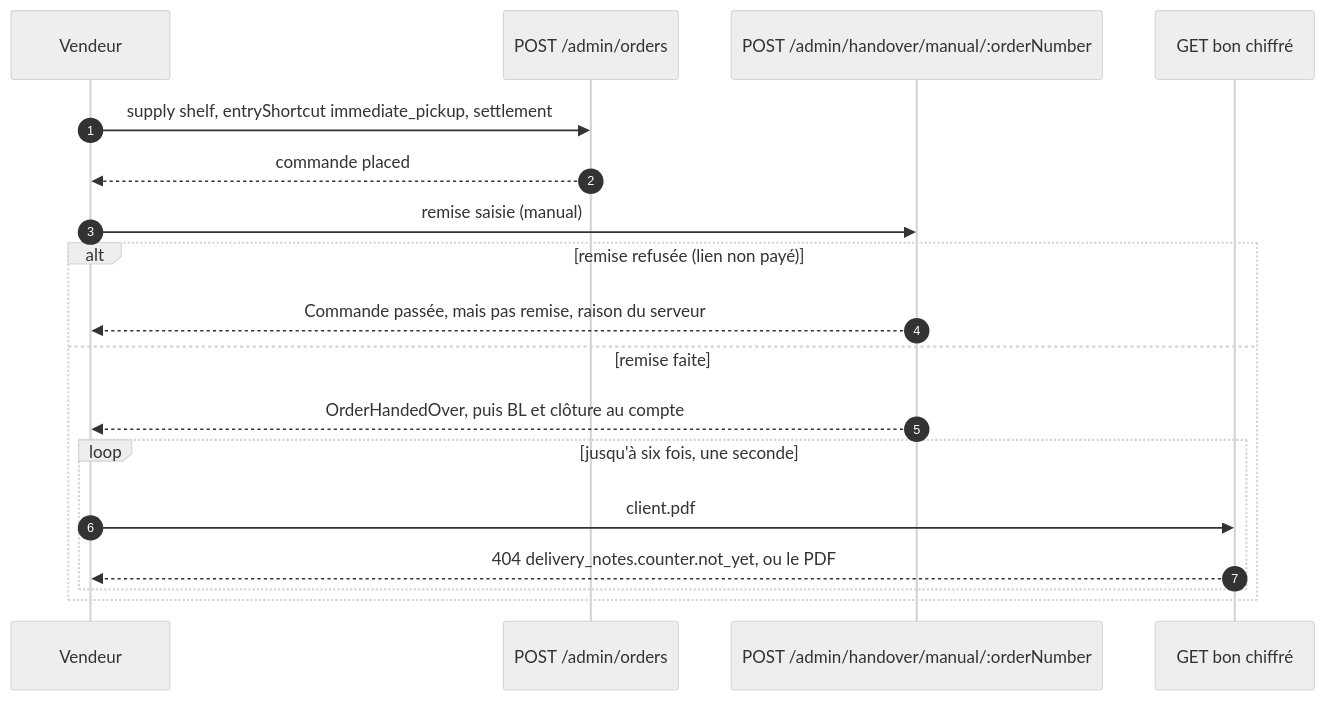
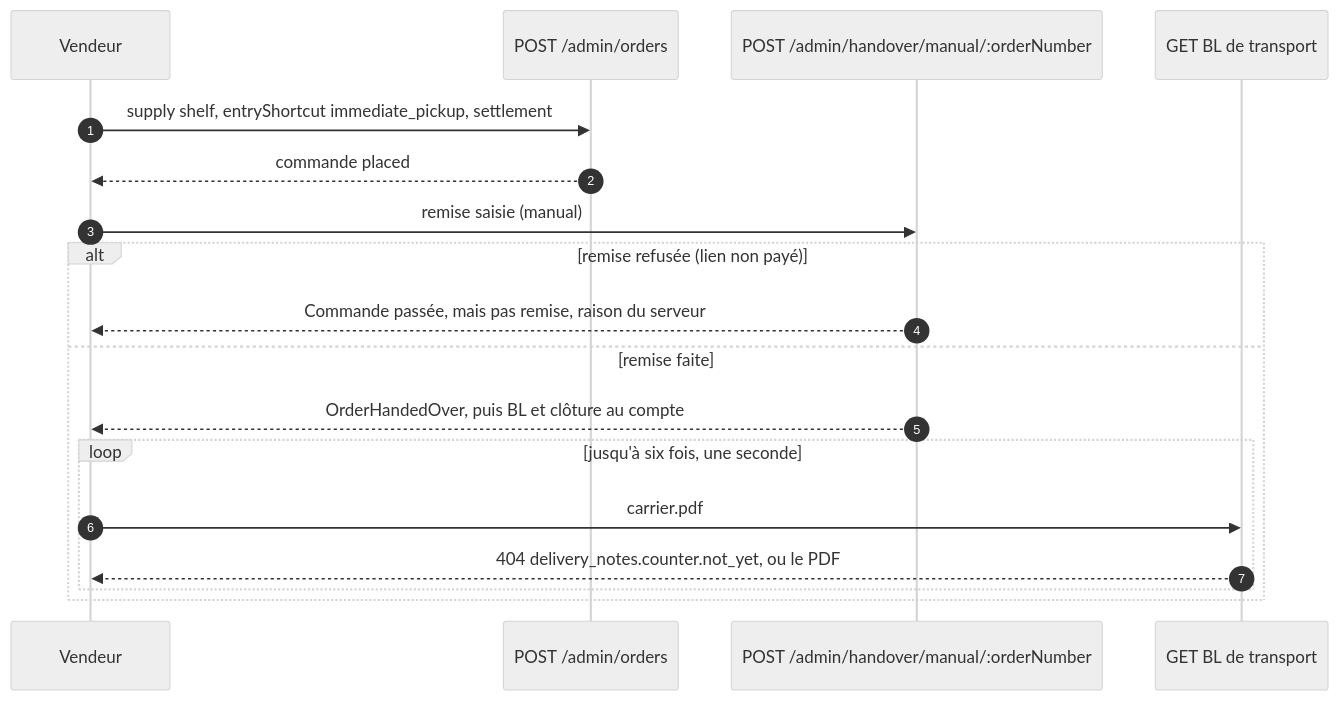
The third of 3 diagrams in documentation/limites-de-commande/jour-meme-sur-stock.md (hugoheynard/lfd), drawn with Mermaid (neutral theme) before and after one commit. The commit also changed other lines of this file and 27 other files, not shown here.

````diff
--- a/documentation/limites-de-commande/jour-meme-sur-stock.md
+++ b/documentation/limites-de-commande/jour-meme-sur-stock.md
@@ -213,20 +213,20 @@
 ```mermaid
 sequenceDiagram
     autonumber
     participant V as Vendeur
     participant O as POST /admin/orders
     participant R as POST /admin/handover/manual/:orderNumber
-    participant B as GET bon chiffré
+    participant B as GET BL de transport
     V->>O: supply shelf, entryShortcut immediate_pickup, settlement
     O-->>V: commande placed
     V->>R: remise saisie (manual)
     alt remise refusée (lien non payé)
         R-->>V: Commande passée, mais pas remise, raison du serveur
     else remise faite
         R-->>V: OrderHandedOver, puis BL et clôture au compte
         loop jusqu'à six fois, une seconde
-            V->>B: client.pdf
+            V->>B: carrier.pdf
             B-->>V: 404 delivery_notes.counter.not_yet, ou le PDF
         end
     end
 ```
````
